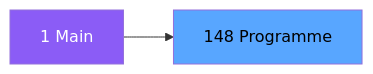
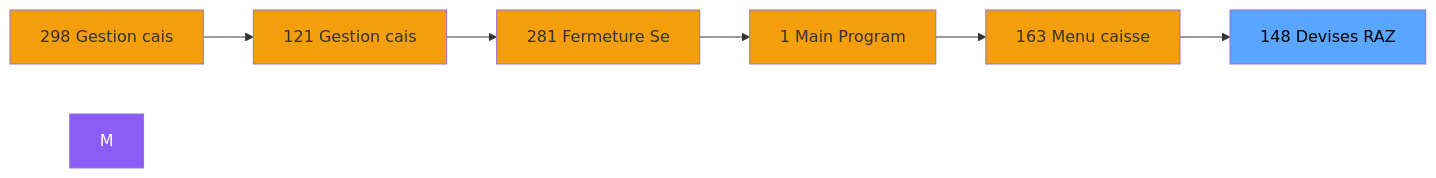
One commit to thonyAGP/magic-migration changed the second of 3 diagrams in .openspec/specs/ADH-IDE-148.md. Above: the diagram before and after it, drawn with Mermaid. The commit also changed other lines of this file and 323 other files, not shown here.

````diff
--- a/.openspec/specs/ADH-IDE-148.md
+++ b/.openspec/specs/ADH-IDE-148.md
@@ -100,8 +108,21 @@
 ```mermaid
 graph LR
-    M[1 Main]
-    T[148 Programme]
-    M --> T
+    N298[298 Gestion cais]
+    N121[121 Gestion cais]
+    N281[281 Fermeture Se]
+    N1[1 Main Program]
+    N163[163 Menu caisse ]
+    T[148 Devises RAZ ]
+    N298 --> N121
+    N121 --> N281
+    N281 --> N1
+    N1 --> N163
+    N163 --> T
     style M fill:#8b5cf6,color:#fff
+    style N298 fill:#f59e0b
+    style N121 fill:#f59e0b
+    style N281 fill:#f59e0b
+    style N1 fill:#f59e0b
+    style N163 fill:#f59e0b
     style T fill:#58a6ff,color:#000
 ```
````
